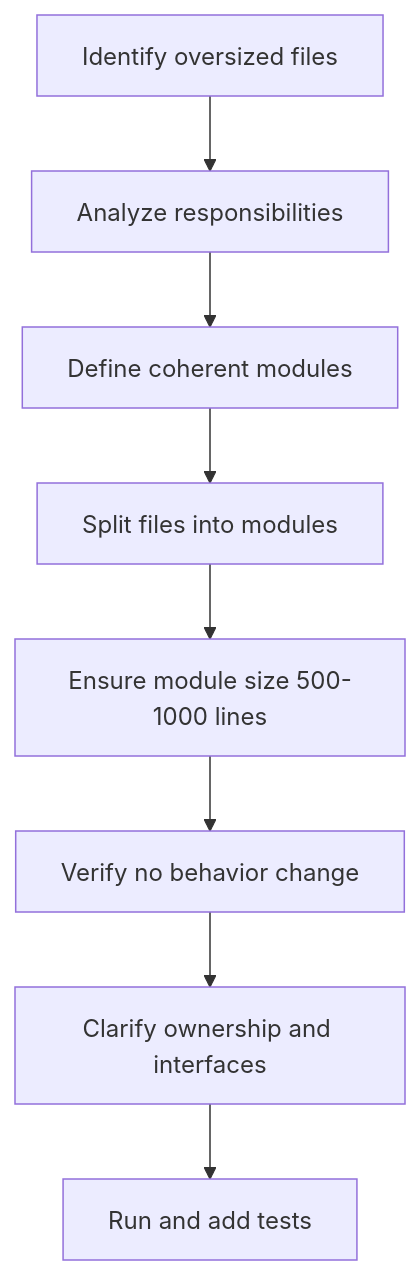
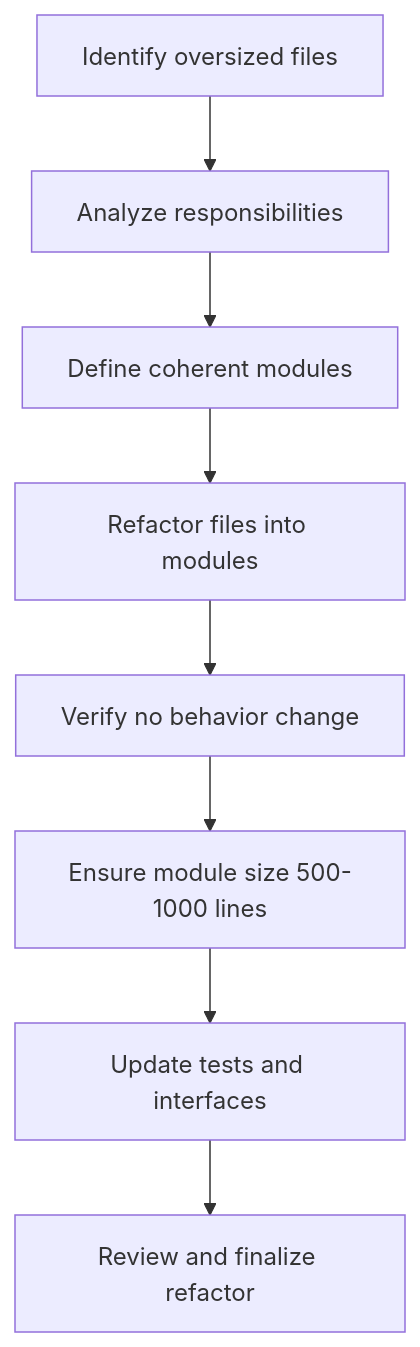
The diagram in logics/request/req_050_split_oversized_source_files_into_coherent_modules.md (AlexAgo83/logics-manager), drawn with Mermaid before and after one commit. The commit also changed 50 other files, not shown here.

````diff
--- a/logics/request/req_050_split_oversized_source_files_into_coherent_modules.md
+++ b/logics/request/req_050_split_oversized_source_files_into_coherent_modules.md
@@ -10,12 +10,12 @@
 ```mermaid
 %% logics-kind: request
 %% logics-signature: request|split-oversized-source-files-into-cohere|reduce-the-maintenance-cost-of-a|ac1-each-targeted-oversized-file-is
 flowchart TD
-    A[Identify oversized files] --> B[Analyze responsibilities]
-    B --> C[Define coherent modules]
-    C --> D[Split files into modules]
-    D --> E[Ensure module size 500-1000 lines]
-    E --> F[Verify no behavior change]
-    F --> G[Clarify ownership and interfaces]
-    G --> H[Run and add tests]
+  A[Identify oversized files] --> B[Analyze responsibilities]
+  B --> C[Define coherent modules]
+  C --> D[Refactor files into modules]
+  D --> E[Verify no behavior change]
+  E --> F[Ensure module size 500-1000 lines]
+  F --> G[Update tests and interfaces]
+  G --> H[Review and finalize refactor]
 ```
````
